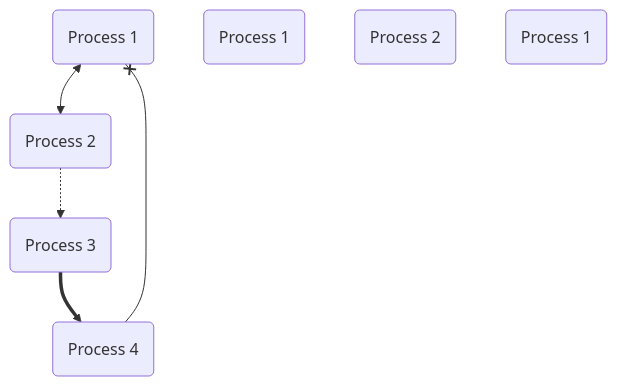
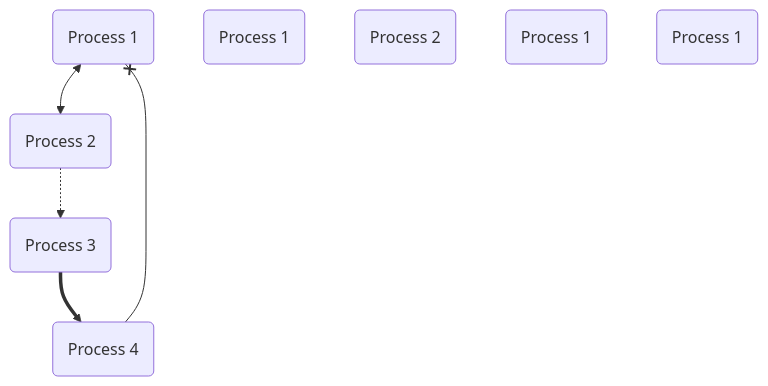
The diagram in mmd/123_04d97162-0453-404a-a3b5-2b88ef3dc39f.mmd (pingpm/mermaid_vault), drawn with Mermaid before and after one commit. The commit also changed 3 other files, not shown here.

Commit message:
Sync Mermaid Studio data (26 diagrams)

```diff
--- a/mmd/123_04d97162-0453-404a-a3b5-2b88ef3dc39f.mmd
+++ b/mmd/123_04d97162-0453-404a-a3b5-2b88ef3dc39f.mmd
@@ -1,12 +1,13 @@
 flowchart TD
   n_0("Process 1")
   n_1("Process 2")
   n_2("Process 3")
   n_3("Process 4")
   n_4("Process 1")
   n_5("Process 2")
   n_6("Process 1")
+  n_7("Process 1")
   n_0 <--> n_1
   n_1 -.-> n_2
   n_2 ==> n_3
   n_3 --x n_0
```
